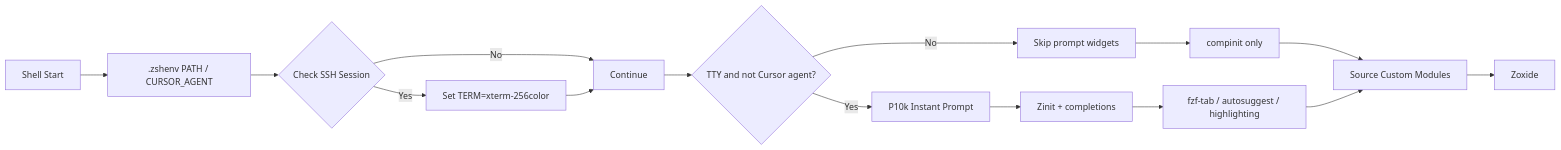
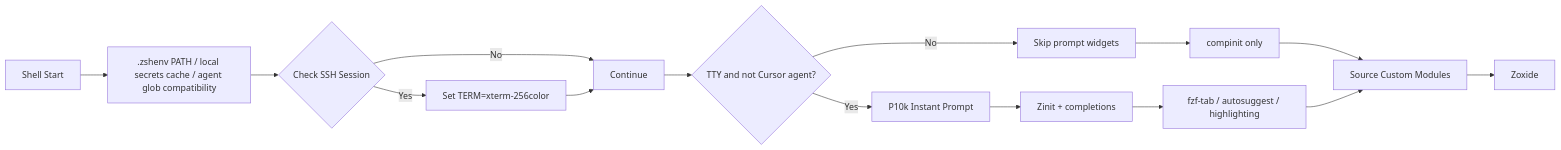
Before and after one commit to uarslandev/infra: the second of 3 diagrams in dotfiles/roles/zsh/README.md, drawn with Mermaid. The commit also changed other lines of this file and 17 other files, not shown here.

First line of the commit message:
refactor(zsh): load secrets from a local cache

````diff
--- a/dotfiles/roles/zsh/README.md
+++ b/dotfiles/roles/zsh/README.md
@@ -170,17 +174,17 @@
 ```mermaid
 flowchart LR
-    A[Shell Start] --> Zenv[".zshenv PATH / CURSOR_AGENT"]
+    A[Shell Start] --> Zenv[".zshenv PATH / local secrets cache / agent glob compatibility"]
     Zenv --> B{Check SSH Session}
     B -->|Yes| C[Set TERM=xterm-256color]
     B -->|No| D[Continue]
     C --> D
     D --> E{TTY and not Cursor agent?}
     E -->|Yes| F[P10k Instant Prompt]
     E -->|No| G[Skip prompt widgets]
     F --> H[Zinit + completions]
     G --> I[compinit only]
     H --> J[fzf-tab / autosuggest / highlighting]
     I --> K[Source Custom Modules]
     J --> K
     K --> L[Zoxide]
 ```
````
